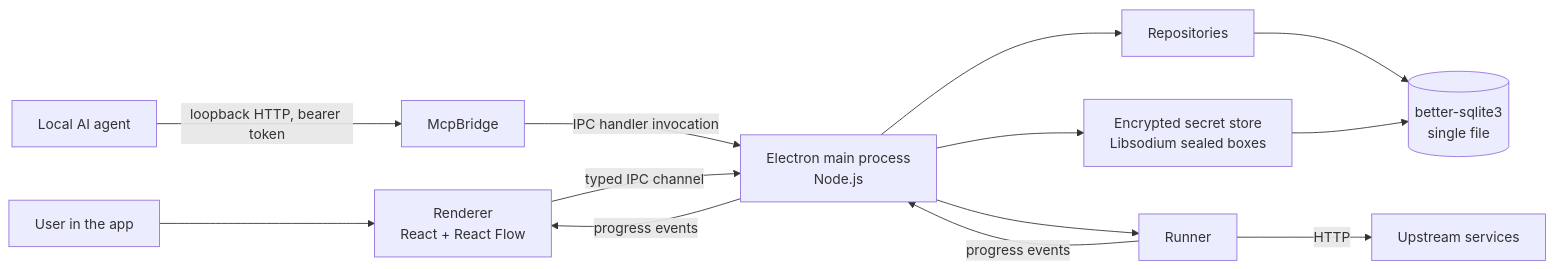
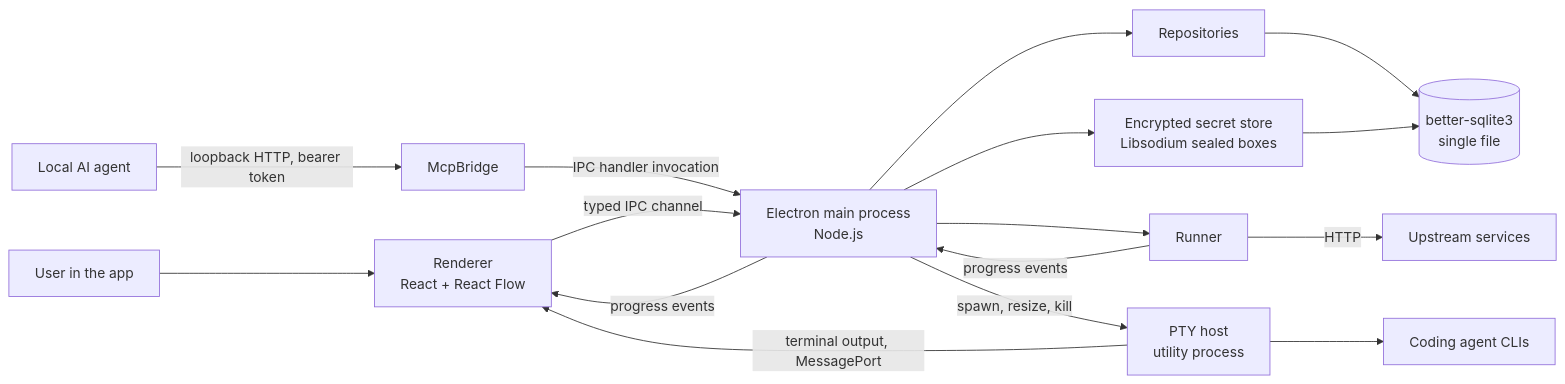
One commit to Kaysharp42/apiweave changed the diagram in docs/reference/architecture.md. Above: the diagram before and after it, drawn with Mermaid. The commit also changed other lines of this file and 27 other files, not shown here.

````diff
--- a/docs/reference/architecture.md
+++ b/docs/reference/architecture.md
@@ -11,15 +11,18 @@
 ```mermaid
 graph LR
     User[User in the app] --> Renderer
     Agent[Local AI agent] -->|loopback HTTP, bearer token| McpBridge
     McpBridge -->|IPC handler invocation| MainProcess
     Renderer[Renderer<br/>React + React Flow] -->|typed IPC channel| MainProcess
     MainProcess[Electron main process<br/>Node.js] --> Repositories
     Repositories --> SQLite[(better-sqlite3<br/>single file)]
     MainProcess --> Runner
     Runner -->|HTTP| Upstream[Upstream services]
     MainProcess --> SecretStore[Encrypted secret store<br/>Libsodium sealed boxes]
     SecretStore --> SQLite
     Runner -->|progress events| MainProcess
     MainProcess -->|progress events| Renderer
+    MainProcess -->|spawn, resize, kill| PtyHost[PTY host<br/>utility process]
+    PtyHost -->|terminal output, MessagePort| Renderer
+    PtyHost --> AgentCli[Coding agent CLIs]
 ```
````
